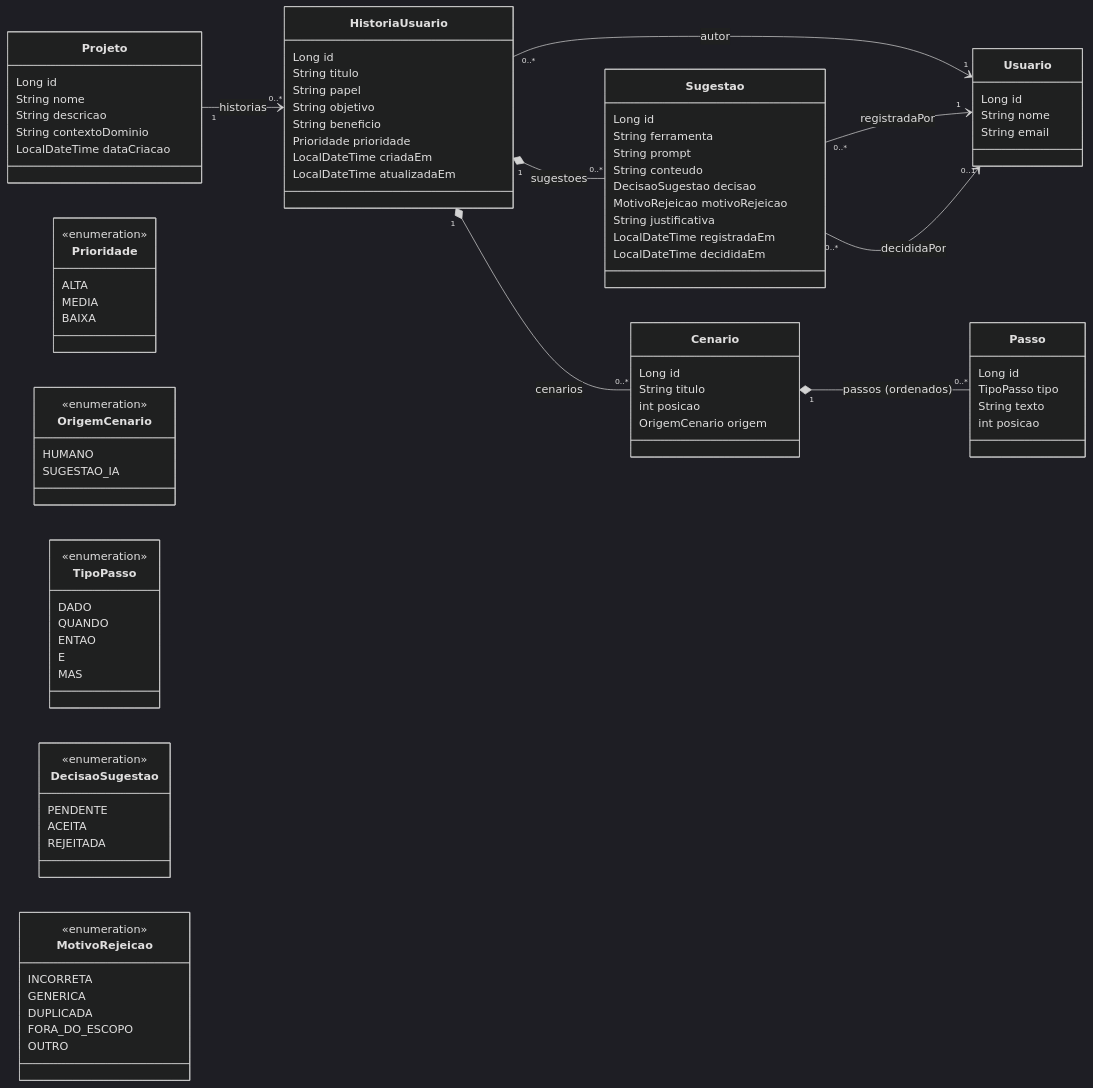
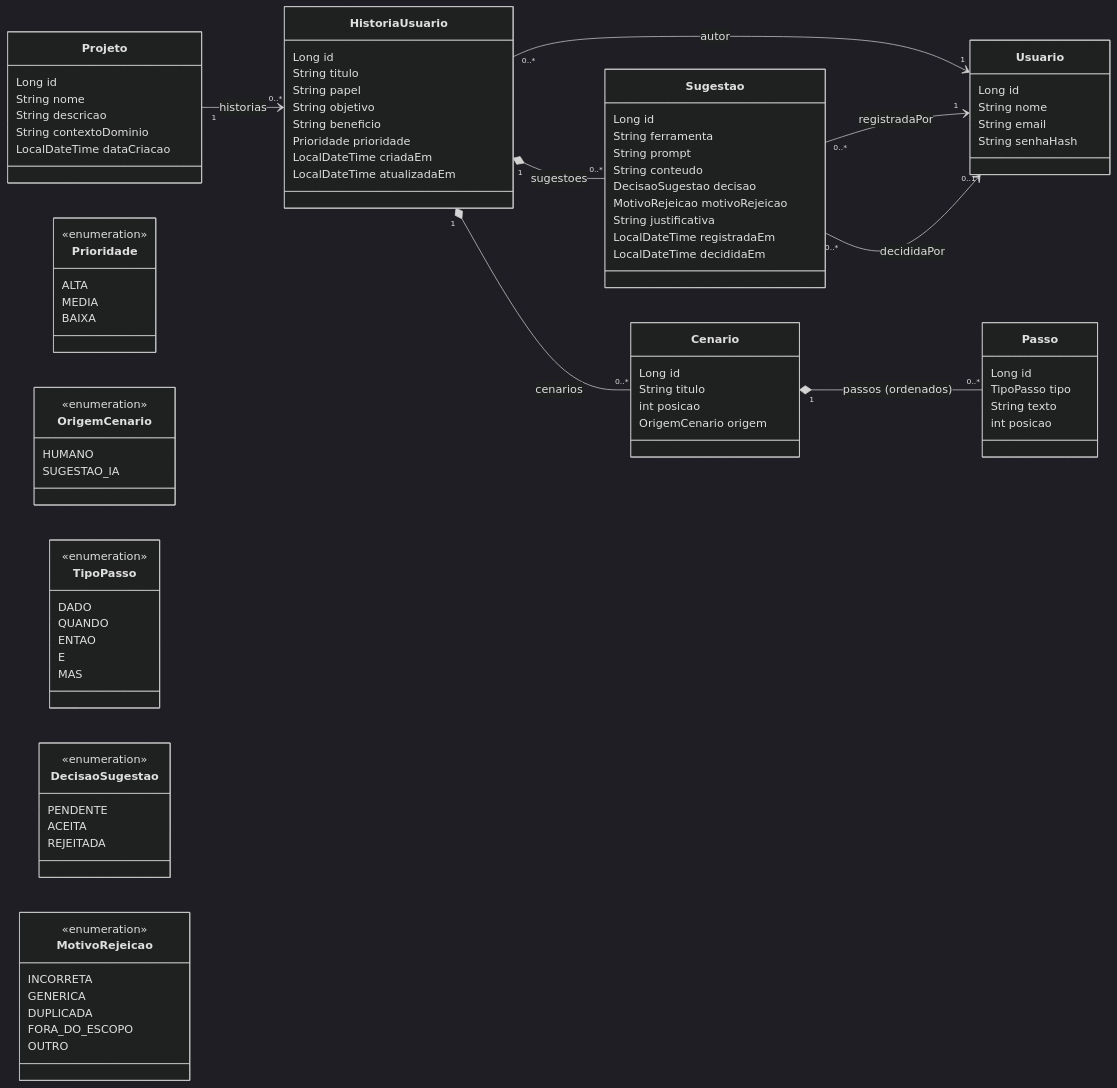
One commit to jovenreis/EstudioBDD changed the diagram in docs/diagrama-classes.md. Above: the diagram before and after it, drawn with Mermaid (dark theme). The commit also changed other lines of this file and 6 other files, not shown here.

```diff
--- a/docs/diagrama-classes.md
+++ b/docs/diagrama-classes.md
@@ -10,6 +10,7 @@
         Long id
         String nome
         String email
+        String senhaHash
     }
 
     class Projeto {
```
